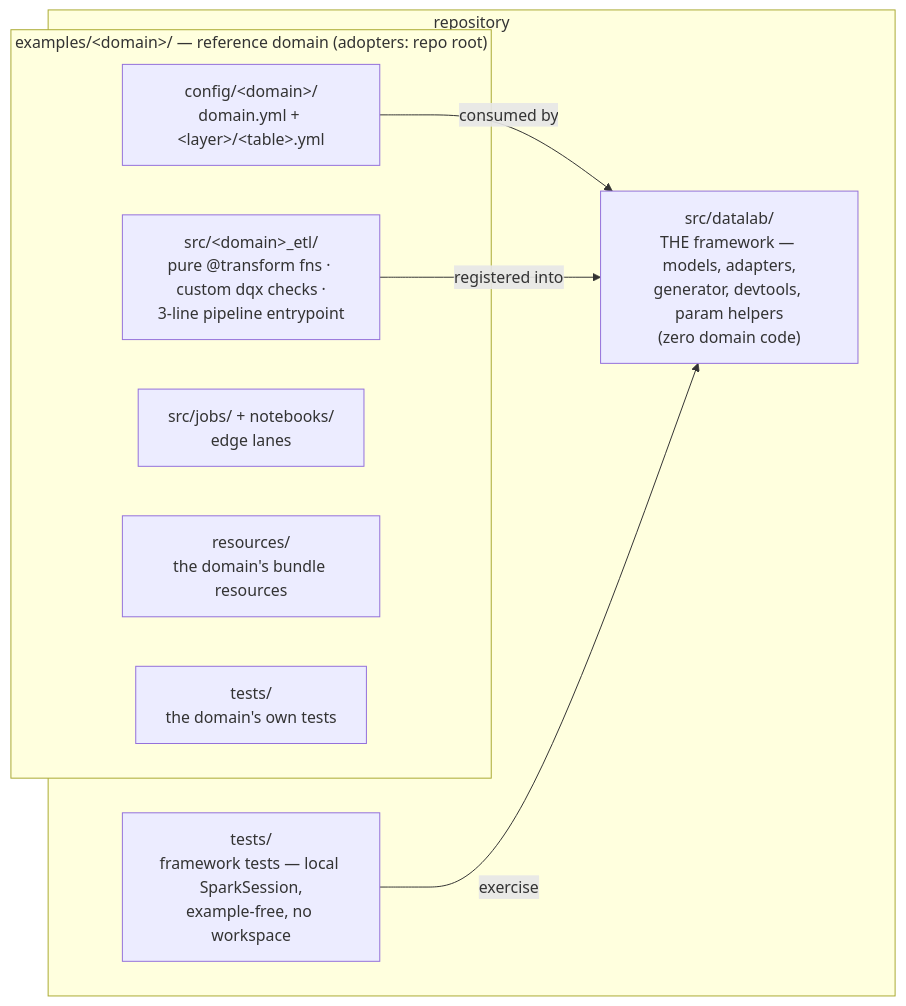
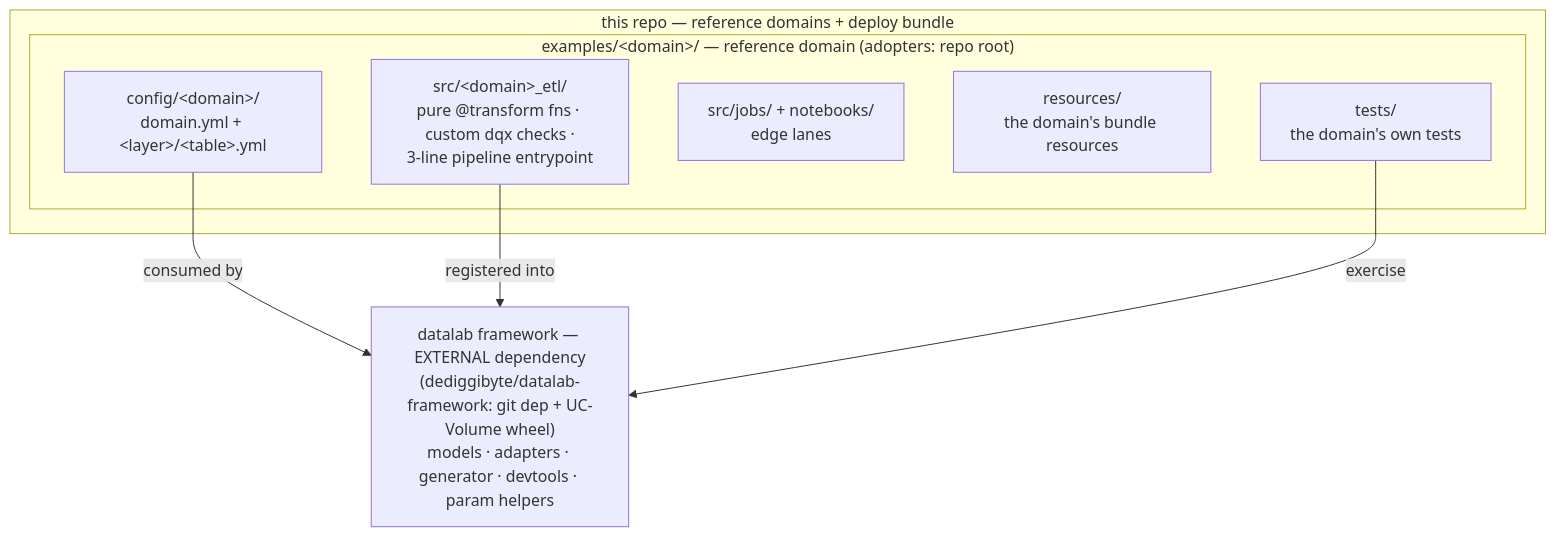
The fifth of 6 diagrams in docs/ARCHITECTURE.md (Vegash09/Demo_Lab), drawn with Mermaid before and after one commit. The commit also changed other lines of this file and 25 other files, not shown here.

First line of the commit message:
chore: complete the framework split — reframe as the adopter repo + restore wheel publish

````diff
--- a/docs/ARCHITECTURE.md
+++ b/docs/ARCHITECTURE.md
@@ -106,17 +107,16 @@
 ```mermaid
 flowchart TD
-    subgraph REPO["repository"]
-        FW["src/datalab/<br/>THE framework — models, adapters,<br/>generator, devtools, param helpers<br/>(zero domain code)"]
+    FW["datalab framework — EXTERNAL dependency<br/>(dediggibyte/datalab-framework: git dep + UC-Volume wheel)<br/>models · adapters · generator · devtools · param helpers"]
+    subgraph REPO["this repo — reference domains + deploy bundle"]
         subgraph DOMAIN["examples/&lt;domain&gt;/ — reference domain (adopters: repo root)"]
             CFG["config/&lt;domain&gt;/<br/>domain.yml + &lt;layer&gt;/&lt;table&gt;.yml"]
             DOM["src/&lt;domain&gt;_etl/<br/>pure @transform fns · custom dqx checks ·<br/>3-line pipeline entrypoint"]
             JOBS["src/jobs/ + notebooks/<br/>edge lanes"]
             RES["resources/<br/>the domain's bundle resources"]
             DTESTS["tests/<br/>the domain's own tests"]
         end
-        TESTS["tests/<br/>framework tests — local SparkSession,<br/>example-free, no workspace"]
     end
     CFG -->|consumed by| FW
     DOM -->|registered into| FW
-    TESTS -->|exercise| FW
+    DTESTS -->|exercise| FW
 ```
````
